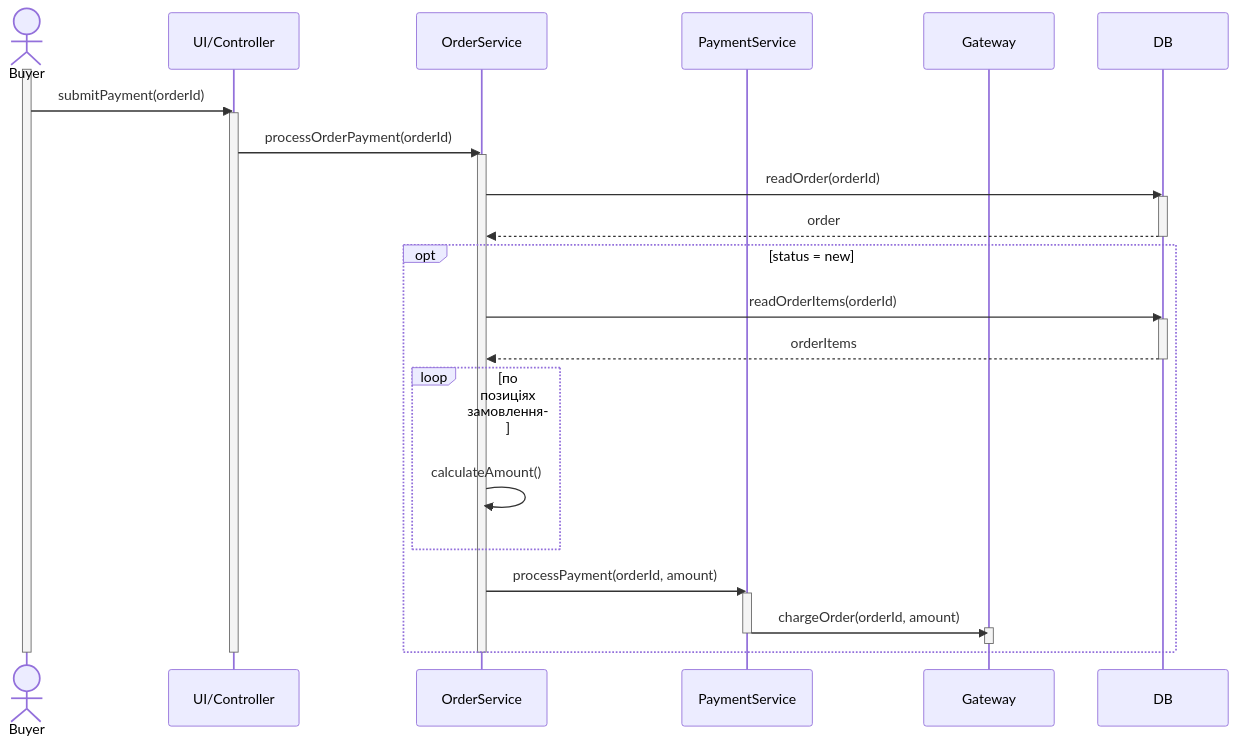
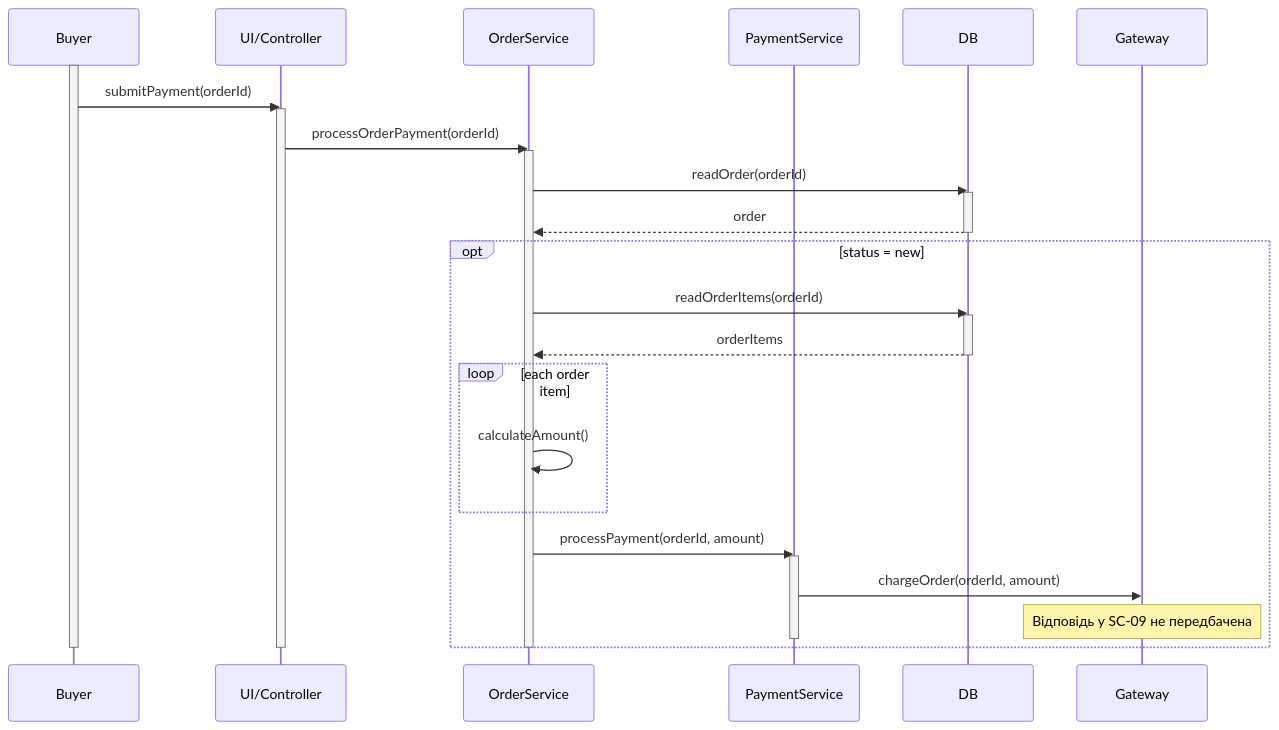
Before and after one commit to Saeghxx/KPI2: the diagram in Lab3/diagrams/sc-09.md, drawn with Mermaid.

Commit message:
fix(lab3): regenerate SC-09 diagram

````diff
--- a/Lab3/diagrams/sc-09.md
+++ b/Lab3/diagrams/sc-09.md
@@ -3,41 +3,41 @@
 ```mermaid
 sequenceDiagram
-    actor Buyer
+    participant Buyer
     participant UI as UI/Controller
     participant OS as OrderService
     participant PS as PaymentService
+    participant DB
     participant GW as Gateway
-    participant DB
 
     activate Buyer
     Buyer->>UI: submitPayment(orderId)
     activate UI
     UI->>OS: processOrderPayment(orderId)
     activate OS
     OS->>DB: readOrder(orderId)
     activate DB
     DB-->>OS: order
     deactivate DB
 
     opt status = new
         OS->>DB: readOrderItems(orderId)
         activate DB
         DB-->>OS: orderItems
         deactivate DB
 
-        loop по позиціях замовлення
+        loop each order item
             OS->>OS: calculateAmount()
         end
 
         OS->>PS: processPayment(orderId, amount)
         activate PS
         PS->>GW: chargeOrder(orderId, amount)
         activate GW
-        deactivate GW
+        Note over GW: Відповідь у SC-09 не передбачена
         deactivate PS
     end
 
     deactivate OS
     deactivate UI
     deactivate Buyer
 ```
````
